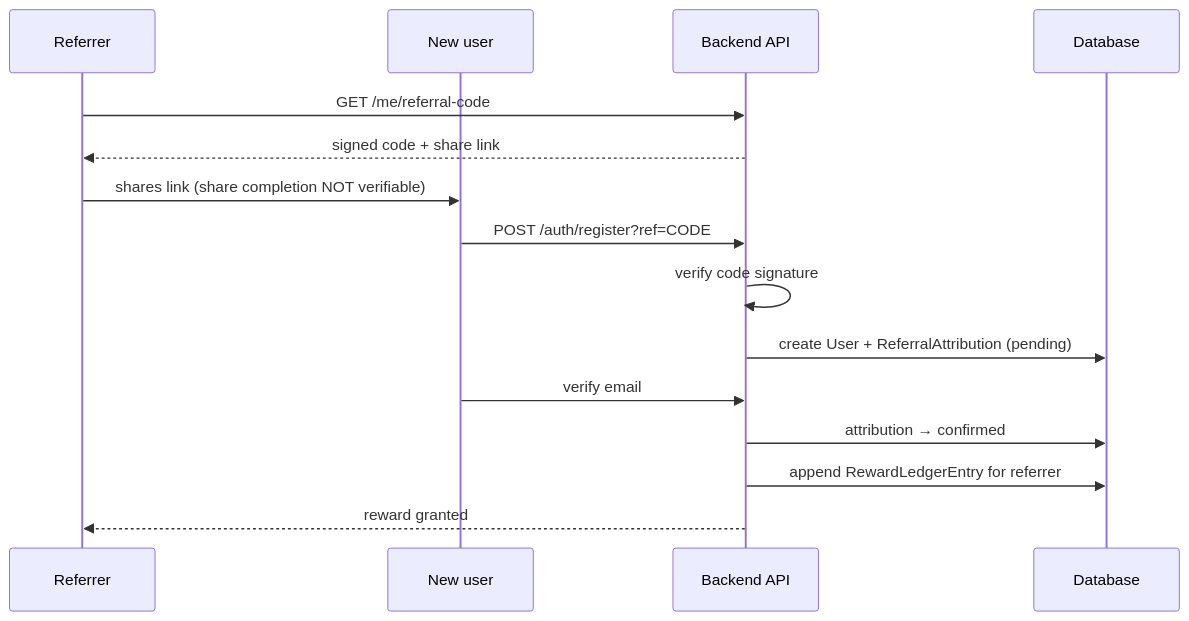
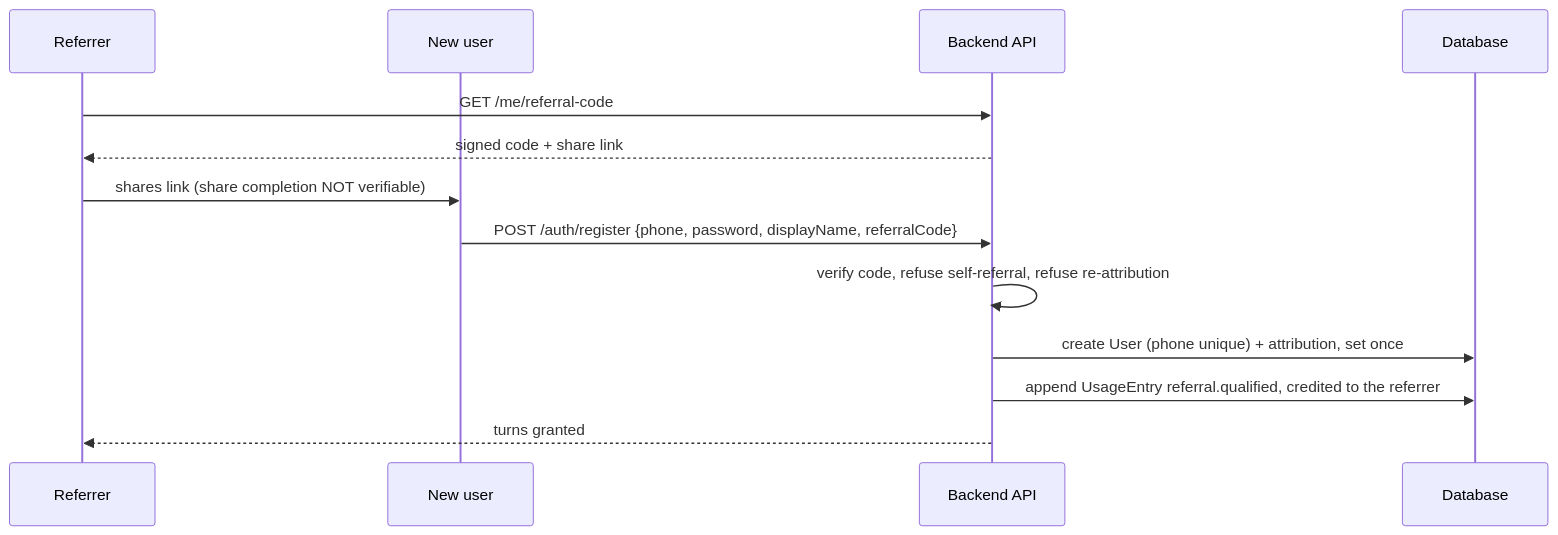
One commit to thang-dev-aptech/vni-ielts-ai changed the seventh of 9 diagrams in docs/architecture/key-flows.md. Above: the diagram before and after it, drawn with Mermaid. The commit also changed other lines of this file and 390 other files, not shown here.

````diff
--- a/docs/architecture/key-flows.md
+++ b/docs/architecture/key-flows.md
@@ -263,18 +277,16 @@
 ```mermaid
 sequenceDiagram
     participant R as Referrer
     participant N as New user
     participant API as Backend API
     participant DB as Database
 
     R->>API: GET /me/referral-code
     API-->>R: signed code + share link
     R->>N: shares link (share completion NOT verifiable)
-    N->>API: POST /auth/register?ref=CODE
-    API->>API: verify code signature
-    API->>DB: create User + ReferralAttribution (pending)
-    N->>API: verify email
-    API->>DB: attribution → confirmed
-    API->>DB: append RewardLedgerEntry for referrer
-    API-->>R: reward granted
+    N->>API: POST /auth/register {phone, password, displayName, referralCode}
+    API->>API: verify code, refuse self-referral, refuse re-attribution
+    API->>DB: create User (phone unique) + attribution, set once
+    API->>DB: append UsageEntry referral.qualified, credited to the referrer
+    API-->>R: turns granted
 ```
````
